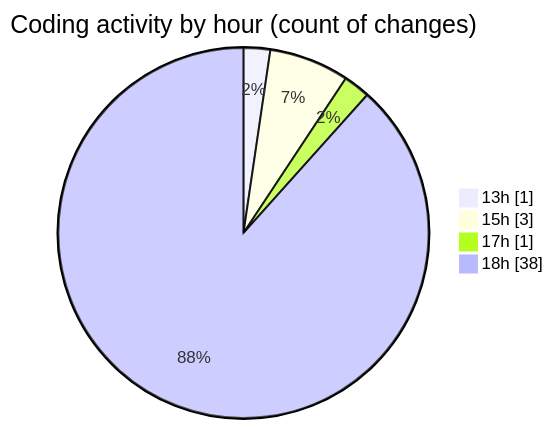
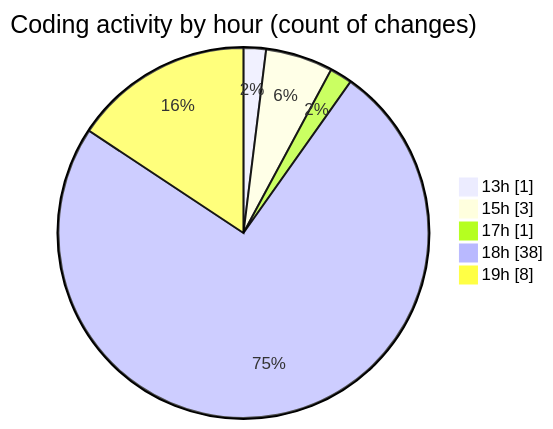
The second of 2 diagrams in 2025-04-09/nxtqube_webapp/README.md (nxtqubesakshisongat/code-tracking), drawn with Mermaid before and after one commit. The commit also changed other lines of this file and 1 other file, not shown here.

````diff
--- a/2025-04-09/nxtqube_webapp/README.md
+++ b/2025-04-09/nxtqube_webapp/README.md
@@ -34,8 +34,9 @@
 ```mermaid
 pie showData
 title Coding activity by hour (count of changes)
 "13h" : 1
 "15h" : 3
 "17h" : 1
 "18h" : 38
+"19h" : 8
 ```
````
